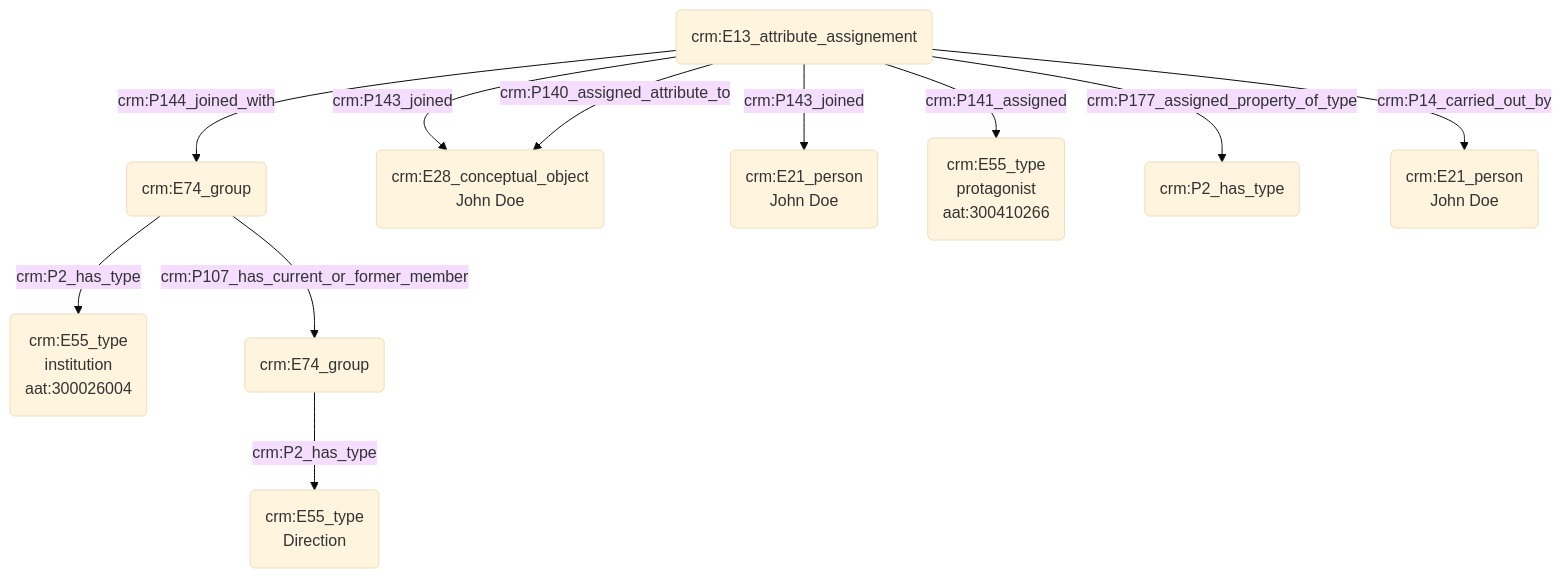
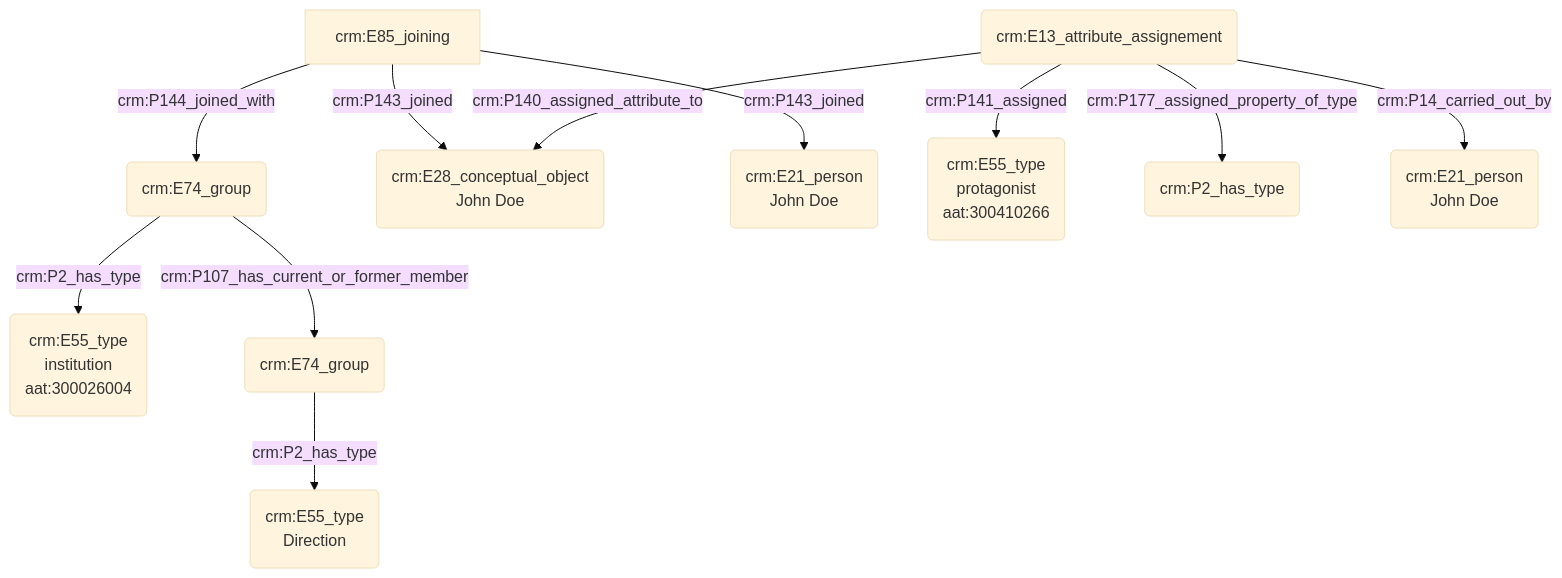
One commit to Amleth/consortium-musica2-gt2-ontologies changed the diagram in modules/livrables/Dossier 2/Indexation conceptuelle/statut et fonction d'une personne fictive.md. Above: the diagram before and after it, drawn with Mermaid (base theme).

Commit message:
Update statut et fonction d'une personne fictive.md

````diff
--- a/modules/livrables/Dossier 2/Indexation conceptuelle/statut et fonction d'une personne fictive.md
+++ b/modules/livrables/Dossier 2/Indexation conceptuelle/statut et fonction d'une personne fictive.md
@@ -11,16 +11,16 @@
 ```mermaid
 graph TD;
 
 M(crm:E74_group) -->|crm:P2_has_type| N(crm:E55_type<br>institution<br>aat:300026004)
 U[crm:E85_joining] --> |crm:P144_joined_with| M(crm:E74_group)
 M(crm:E74_group) --> |crm:P107_has_current_or_former_member| S(crm:E74_group)
 S(crm:E74_group) --> |crm:P2_has_type| T(crm:E55_type<br>Direction)
 U[crm:E85_joining] -->|crm:P143_joined| K(crm:E28_conceptual_object<br>John Doe)
 U[crm:E85_joining] -->|crm:P143_joined| A(crm:E21_person<br>John Doe)
 
-U(crm:E13_attribute_assignement) --> |crm:P140_assigned_attribute_to| K(crm:E28_conceptual_object<br>John Doe)
-U(crm:E13_attribute_assignement) --> |crm:P141_assigned| C(crm:E55_type<br>protagonist<br>aat:300410266)
-U(crm:E13_attribute_assignement) --> |crm:P177_assigned_property_of_type| V(crm:P2_has_type)
-U(crm:E13_attribute_assignement) --> |crm:P14_carried_out_by| W(crm:E21_person<br>John Doe)
+R(crm:E13_attribute_assignement) --> |crm:P140_assigned_attribute_to| K(crm:E28_conceptual_object<br>John Doe)
+R(crm:E13_attribute_assignement) --> |crm:P141_assigned| C(crm:E55_type<br>protagonist<br>aat:300410266)
+R(crm:E13_attribute_assignement) --> |crm:P177_assigned_property_of_type| V(crm:P2_has_type)
+R(crm:E13_attribute_assignement) --> |crm:P14_carried_out_by| W(crm:E21_person<br>John Doe)
 
 ```
````
